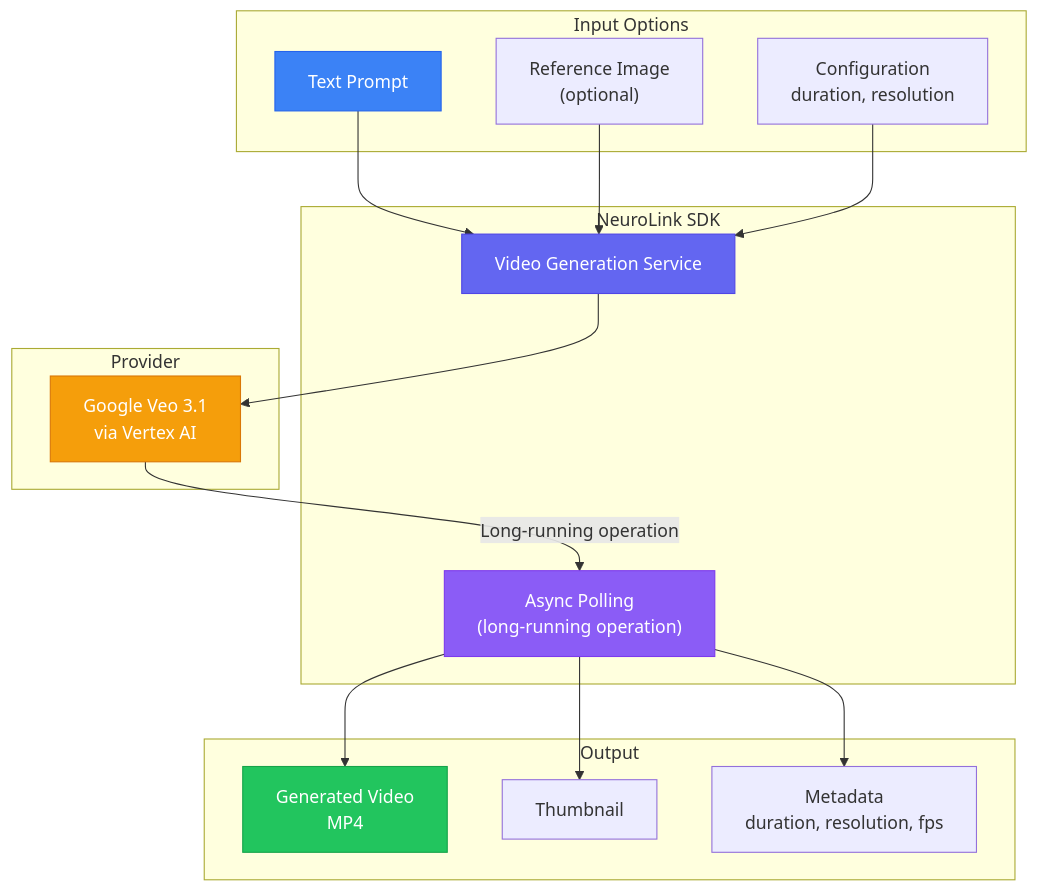
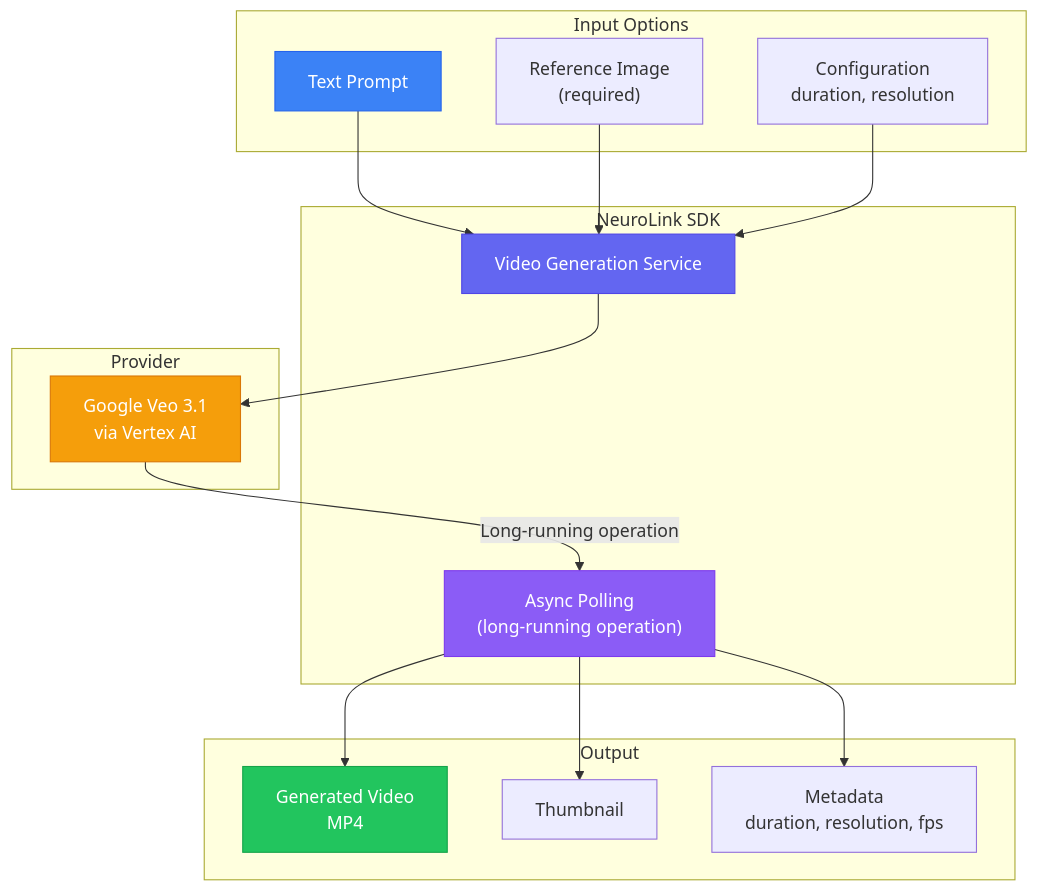
Before and after one commit to juspay/neurolink-blog: the first of 2 diagrams in _posts/2026-02-02-video-generation-veo.md, drawn with Mermaid. The commit also changed other lines of this file and 172 other files, not shown here.

````diff
--- a/_posts/2026-02-02-video-generation-veo.md
+++ b/_posts/2026-02-02-video-generation-veo.md
@@ -41,36 +41,36 @@
 ```mermaid
 flowchart TB
     subgraph Input["Input Options"]
         TEXT["Text Prompt"]
-        IMG["Reference Image<br/>(optional)"]
+        IMG["Reference Image<br/>(required)"]
         CFG["Configuration<br/>duration, resolution"]
     end
 
     subgraph NeuroLink["NeuroLink SDK"]
         VGEN["Video Generation Service"]
         POLL["Async Polling<br/>(long-running operation)"]
     end
 
     subgraph Provider["Provider"]
         VEO["Google Veo 3.1<br/>via Vertex AI"]
     end
 
     subgraph Output["Output"]
         VIDEO["Generated Video<br/>MP4"]
         THUMB["Thumbnail"]
         META["Metadata<br/>duration, resolution, fps"]
     end
 
     TEXT --> VGEN
     IMG --> VGEN
     CFG --> VGEN
     VGEN --> VEO
     VEO -->|"Long-running operation"| POLL
     POLL --> VIDEO & THUMB & META
 
     style TEXT fill:#3b82f6,stroke:#2563eb,color:#fff
     style VGEN fill:#6366f1,stroke:#4f46e5,color:#fff
     style VEO fill:#f59e0b,stroke:#d97706,color:#fff
     style POLL fill:#8b5cf6,stroke:#7c3aed,color:#fff
     style VIDEO fill:#22c55e,stroke:#16a34a,color:#fff
 ```
````
